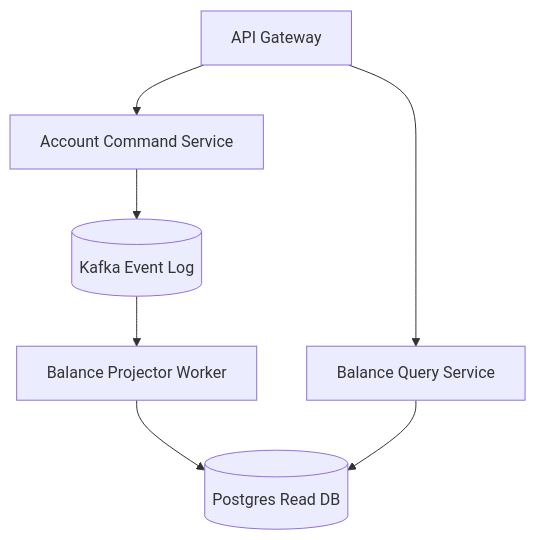
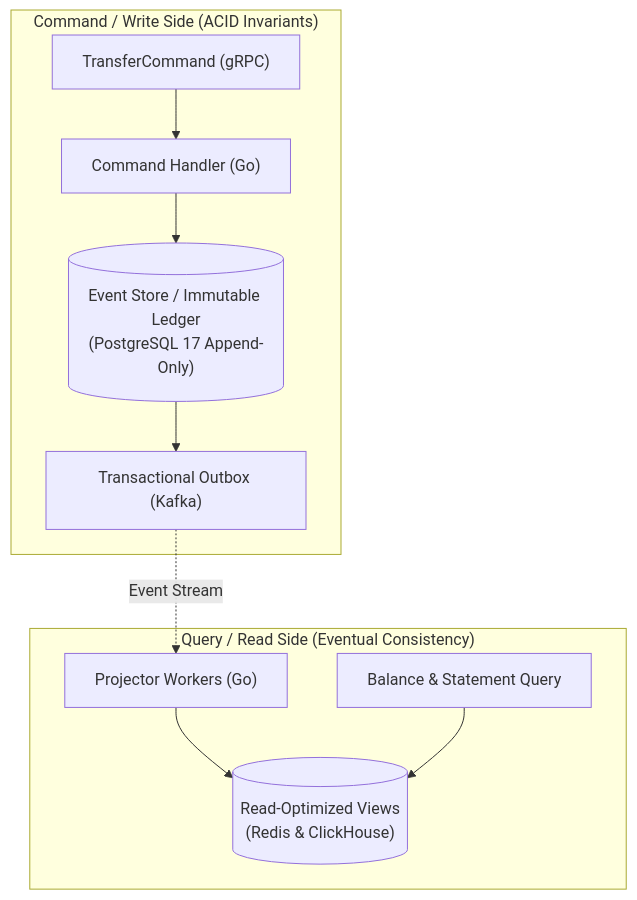
Before and after one commit to vesviet/vesviet: the first of 2 diagrams in content/series/core-banking-developer/part-4-modern-core-banking-architecture.md, drawn with Mermaid. The commit also changed other lines of this file and 31 other files, not shown here.

````diff
--- a/content/series/core-banking-developer/part-4-modern-core-banking-architecture.md
+++ b/content/series/core-banking-developer/part-4-modern-core-banking-architecture.md
@@ -351,9 +41,14 @@
 ```mermaid
-graph TD
-    Api["API Gateway"] --> Command["Account Command Service"]
-    Command --> EventLog[("Kafka Event Log")]
-    EventLog --> Projector["Balance Projector Worker"]
-    Projector --> ReadDB[("Postgres Read DB")]
-    Api --> Query["Balance Query Service"]
-    Query --> ReadDB
+flowchart TD
+    subgraph Write_Side ["Command / Write Side (ACID Invariants)"]
+        Cmd["TransferCommand (gRPC)"] --> Handler["Command Handler (Go)"]
+        Handler --> EventStore[("Event Store / Immutable Ledger<br/>(PostgreSQL 17 Append-Only)")]
+        EventStore --> Outbox["Transactional Outbox (Kafka)"]
+    end
+
+    subgraph Read_Side ["Query / Read Side (Eventual Consistency)"]
+        Outbox -. Event Stream .-> Projector["Projector Workers (Go)"]
+        Projector --> ReadDB[("Read-Optimized Views<br/>(Redis & ClickHouse)")]
+        CustomerQuery["Balance & Statement Query"] --> ReadDB
+    end
 ```
````
